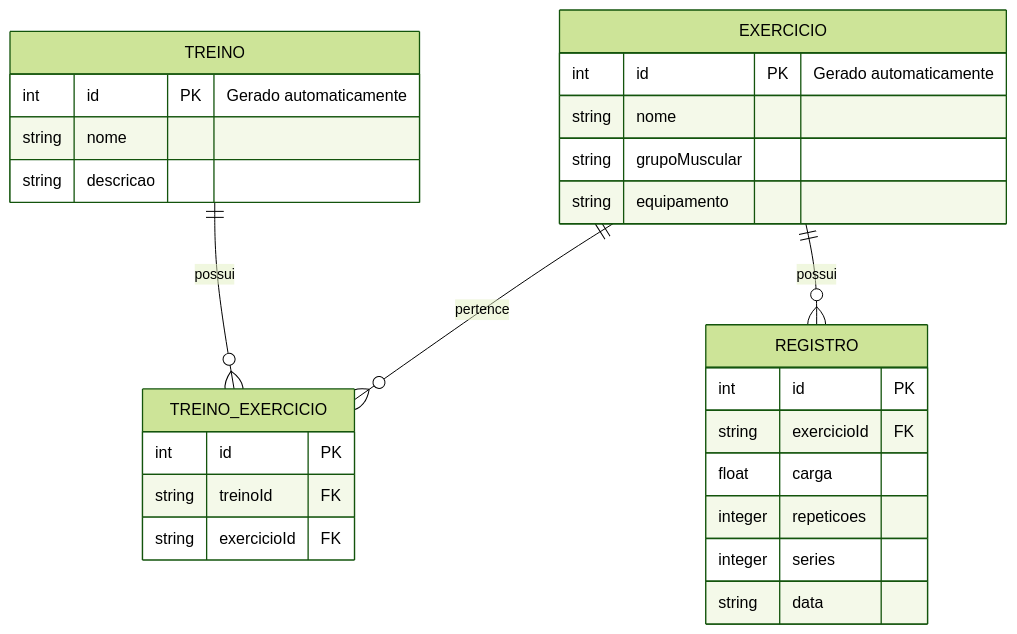
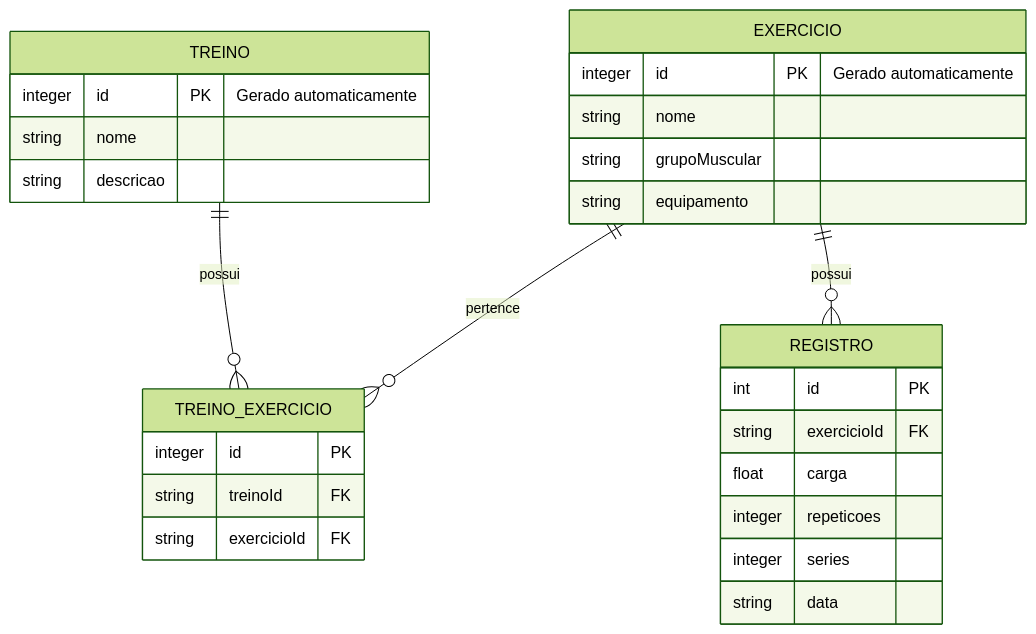
One commit to leonardo-lopes-dz/projeto-grip changed the diagram in docs/architecture.md. Above: the diagram before and after it, drawn with Mermaid (forest theme).

````diff
--- a/docs/architecture.md
+++ b/docs/architecture.md
@@ -9,34 +9,34 @@
 ```mermaid
 erDiagram
     TREINO ||--o{ TREINO_EXERCICIO : "possui"
     EXERCICIO ||--o{ TREINO_EXERCICIO : "pertence"
     EXERCICIO ||--o{ REGISTRO : "possui"
 
     TREINO {
-        int id PK "Gerado automaticamente"
+        integer id PK "Gerado automaticamente"
         string nome
         string descricao
     }
 
     EXERCICIO {
-        int id PK "Gerado automaticamente"
+        integer id PK "Gerado automaticamente"
         string nome
         string grupoMuscular
         string equipamento
     }
 
     TREINO_EXERCICIO {
-        int id PK
+        integer id PK
         string treinoId FK
         string exercicioId FK
     }
 
     REGISTRO {
         int id PK
         string exercicioId FK
         float carga
         integer repeticoes
         integer series
         string data
     }
 ```
````
